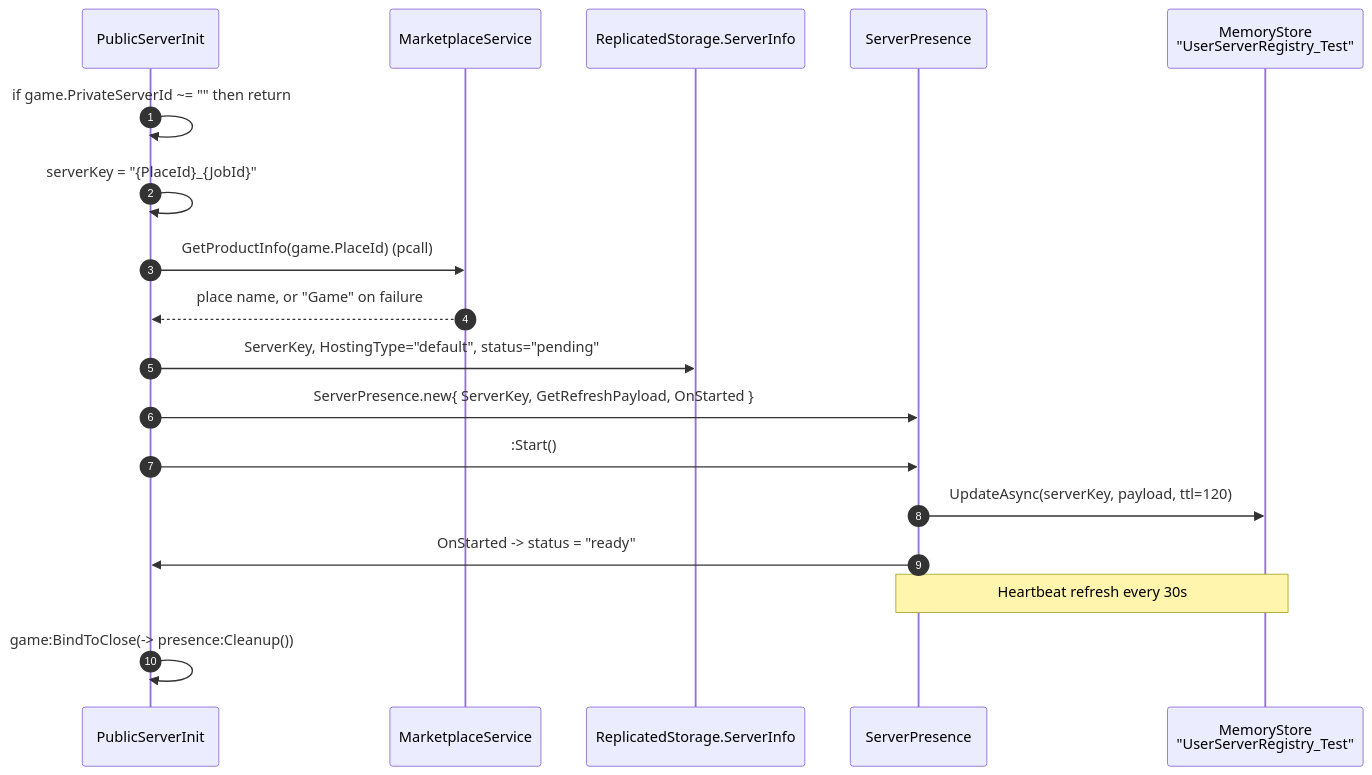
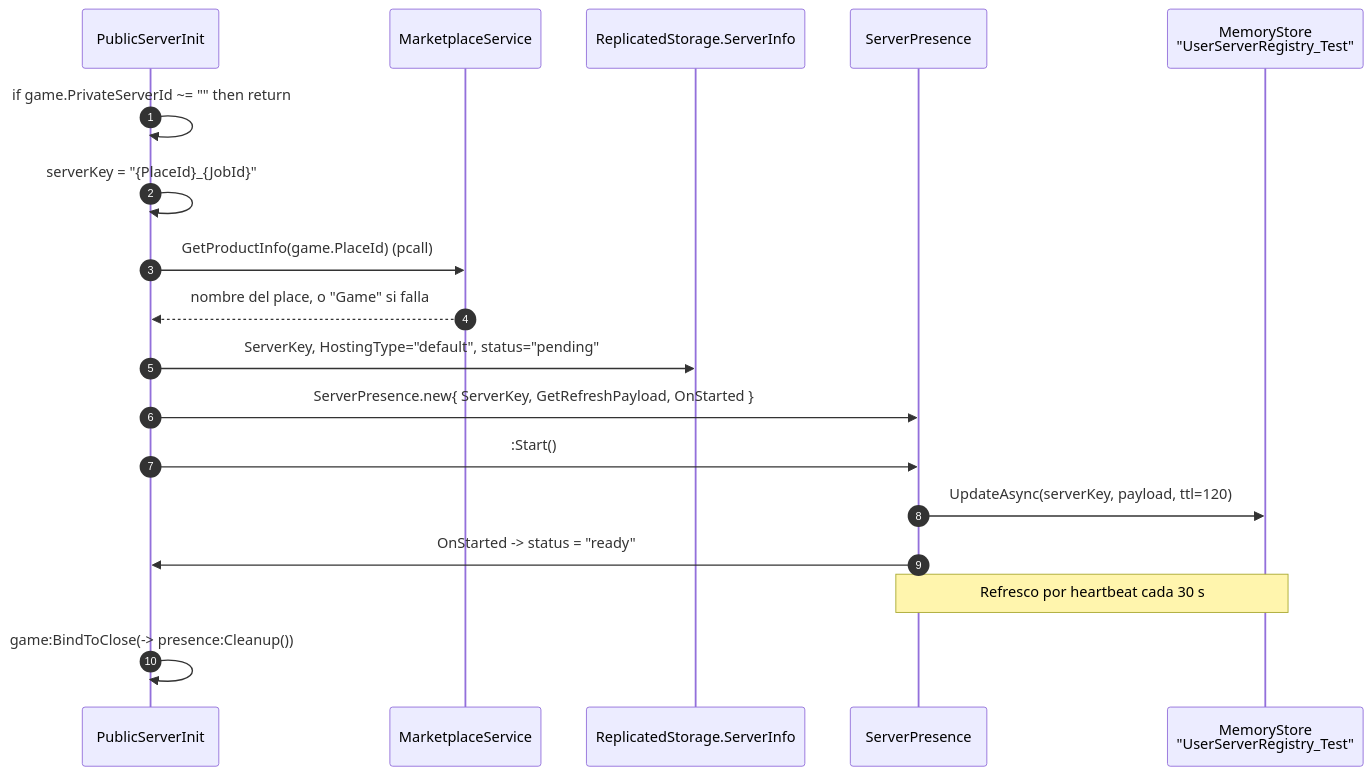
One commit to Arclyne/voz-hispana changed the second of 3 diagrams in docs/architecture/server-lifecycle.md. Above: the diagram before and after it, drawn with Mermaid. The commit also changed other lines of this file and 8 other files, not shown here.

````diff
--- a/docs/architecture/server-lifecycle.md
+++ b/docs/architecture/server-lifecycle.md
@@ -53,21 +53,21 @@
 ```mermaid
 sequenceDiagram
     autonumber
     participant S as PublicServerInit
     participant MP as MarketplaceService
     participant SI as ReplicatedStorage.ServerInfo
     participant SP as ServerPresence
     participant MS as MemoryStore<br/>"UserServerRegistry_Test"
 
     S->>S: if game.PrivateServerId ~= "" then return
     S->>S: serverKey = "{PlaceId}_{JobId}"
     S->>MP: GetProductInfo(game.PlaceId) (pcall)
-    MP-->>S: place name, or "Game" on failure
+    MP-->>S: nombre del place, o "Game" si falla
     S->>SI: ServerKey, HostingType="default", status="pending"
     S->>SP: ServerPresence.new{ ServerKey, GetRefreshPayload, OnStarted }
     S->>SP: :Start()
     SP->>MS: UpdateAsync(serverKey, payload, ttl=120)
     SP->>S: OnStarted -> status = "ready"
-    Note over SP,MS: Heartbeat refresh every 30s
+    Note over SP,MS: Refresco por heartbeat cada 30 s
     S->>S: game:BindToClose(-> presence:Cleanup())
 ```
````
